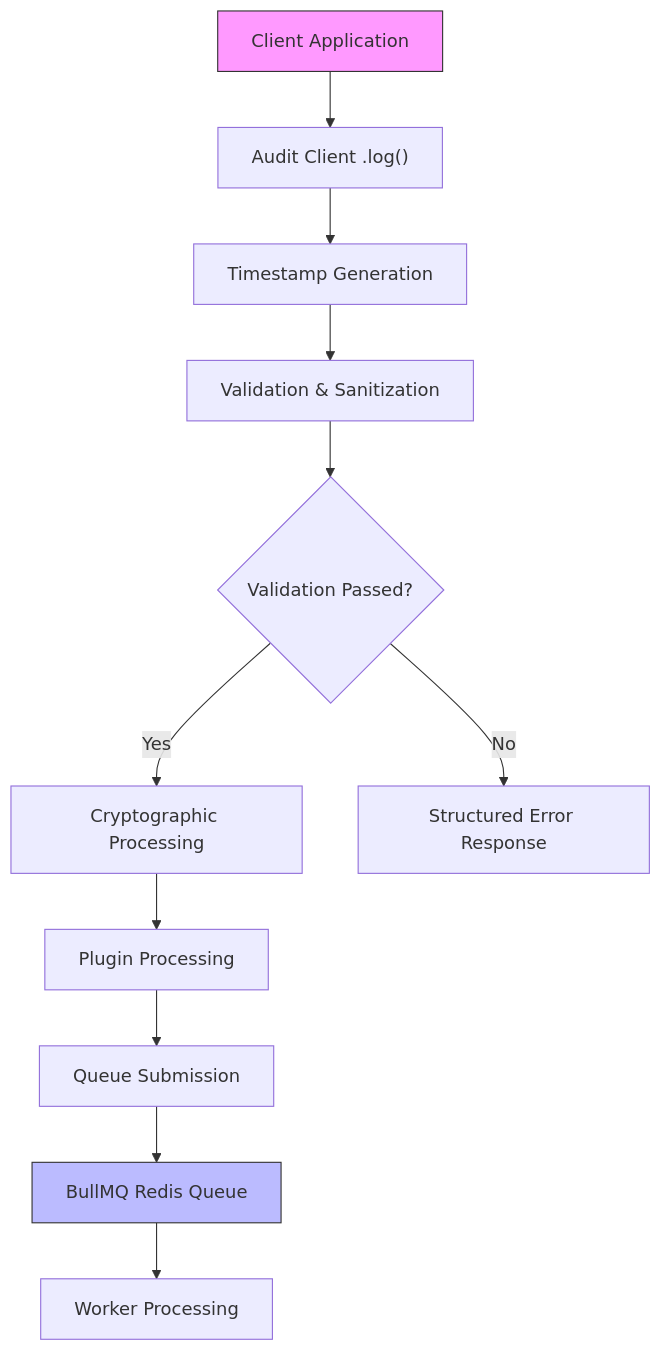
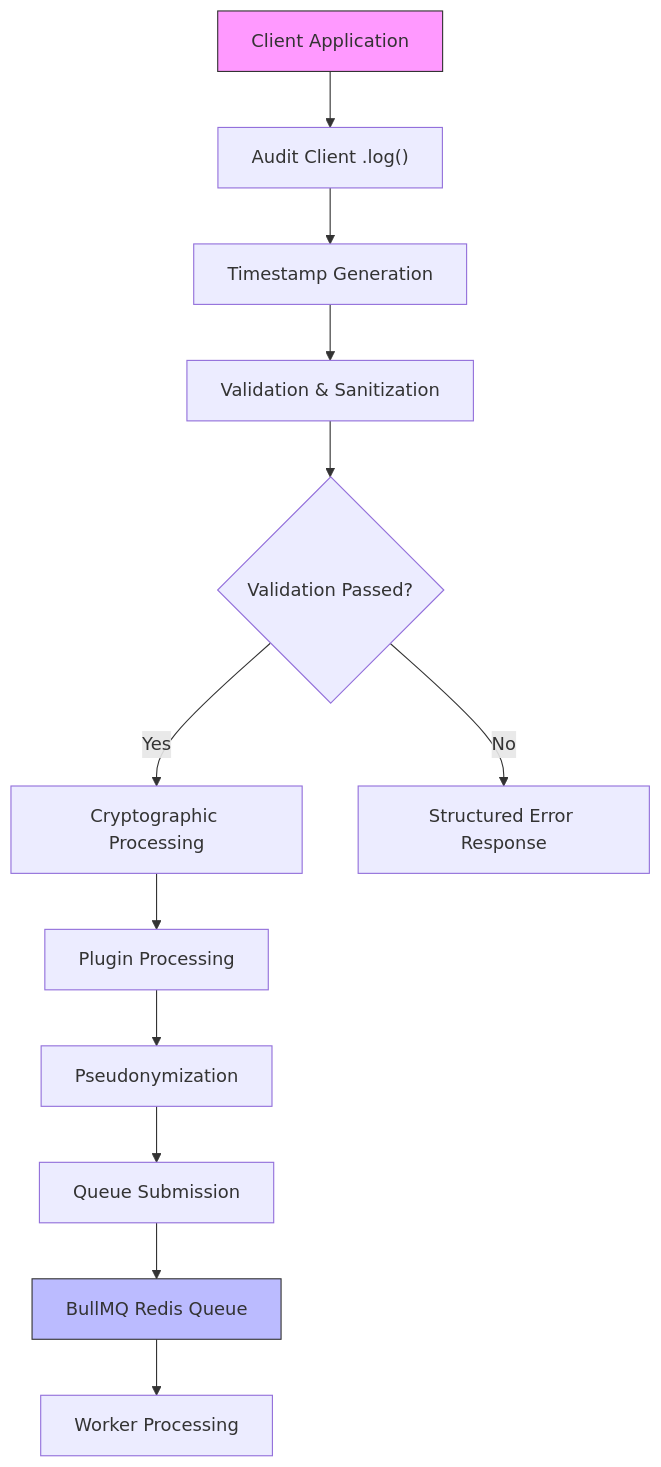
The first of 2 diagrams in .qoder/repowiki/en/content/Audit Core System/Audit Event Processing/Event Ingestion Pipeline.md (smedrec/smart-logs), drawn with Mermaid before and after one commit. The commit also changed other lines of this file and 27 other files, not shown here.

````diff
--- a/.qoder/repowiki/en/content/Audit Core System/Audit Event Processing/Event Ingestion Pipeline.md
+++ b/.qoder/repowiki/en/content/Audit Core System/Audit Event Processing/Event Ingestion Pipeline.md
@@ -151,15 +154,16 @@
 ```mermaid
 flowchart TD
 A["Client Application"] --> B["Audit Client .log()"]
 B --> C["Timestamp Generation"]
 C --> D["Validation & Sanitization"]
 D --> E{"Validation Passed?"}
 E --> |Yes| F["Cryptographic Processing"]
 E --> |No| G["Structured Error Response"]
 F --> H["Plugin Processing"]
-H --> I["Queue Submission"]
-I --> J["BullMQ Redis Queue"]
-J --> K["Worker Processing"]
+H --> I["Pseudonymization"]
+I --> J["Queue Submission"]
+J --> K["BullMQ Redis Queue"]
+K --> L["Worker Processing"]
 style A fill:#f9f,stroke:#333
-style J fill:#bbf,stroke:#333
+style K fill:#bbf,stroke:#333
 ```
````
